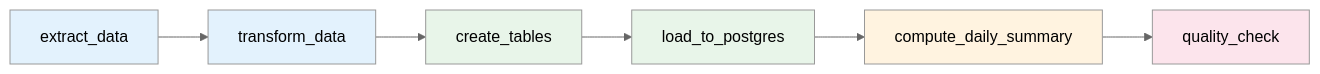
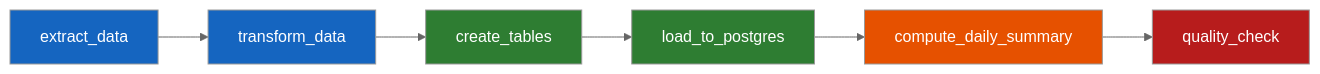
One commit to Lukiano99/ETLProcessorProject changed the third of 4 diagrams in README.md. Above: the diagram before and after it, drawn with Mermaid (neutral theme). The commit also changed other lines of this file, not shown here.

Commit message:
Fix diagram contrast for dark mode readability

````diff
--- a/README.md
+++ b/README.md
@@ -65,15 +65,15 @@
 ```mermaid
 graph LR
     E[extract_data] --> T[transform_data]
     T --> C[create_tables]
     C --> L[load_to_postgres]
     L --> D[compute_daily_summary]
     D --> Q[quality_check]
 
-    style E fill:#e3f2fd
-    style T fill:#e3f2fd
-    style C fill:#e8f5e9
-    style L fill:#e8f5e9
-    style D fill:#fff3e0
-    style Q fill:#fce4ec
+    style E fill:#1565c0,color:#fff
+    style T fill:#1565c0,color:#fff
+    style C fill:#2e7d32,color:#fff
+    style L fill:#2e7d32,color:#fff
+    style D fill:#e65100,color:#fff
+    style Q fill:#b71c1c,color:#fff
 ```
````
